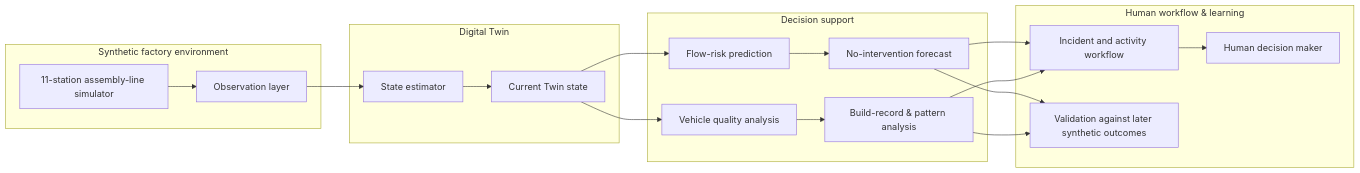
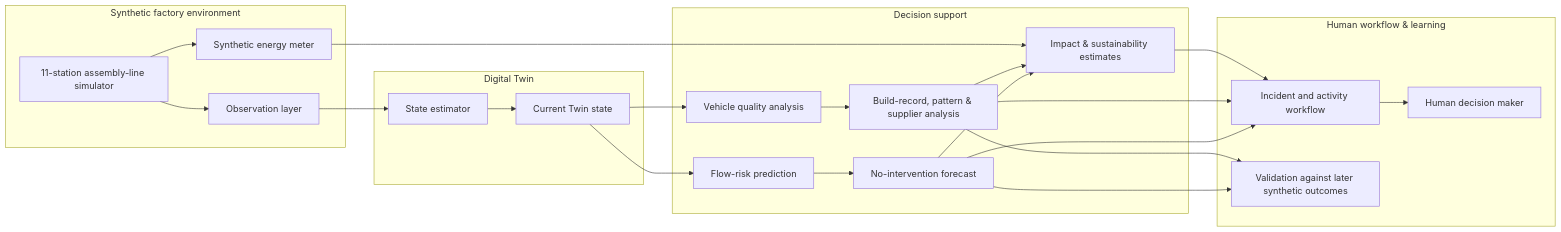
Before and after one commit to amn1704/LineLens-DigitalTwin: the diagram in README.md, drawn with Mermaid. The commit also changed other lines of this file and 39 other files, not shown here.

````diff
--- a/README.md
+++ b/README.md
@@ -57,24 +113,29 @@
 ```mermaid
 flowchart LR
     subgraph Factory["Synthetic factory environment"]
       A["11-station assembly-line simulator"] --> B["Observation layer"]
+      A --> M["Synthetic energy meter"]
     end
     subgraph Twin["Digital Twin"]
       C["State estimator"] --> D["Current Twin state"]
     end
     subgraph Insight["Decision support"]
       E["Flow-risk prediction"] --> F["No-intervention forecast"]
-      G["Vehicle quality analysis"] --> H["Build-record & pattern analysis"]
+      G["Vehicle quality analysis"] --> H["Build-record, pattern & supplier analysis"]
+      F --> P["Impact & sustainability estimates"]
+      H --> P
+      M --> P
     end
     subgraph Human["Human workflow & learning"]
       I["Incident and activity workflow"] --> J["Human decision maker"]
       K["Validation against later synthetic outcomes"]
     end
     B --> C
     D --> E
     D --> G
     F --> I
     H --> I
+    P --> I
     F --> K
     H --> K
 ```
````
